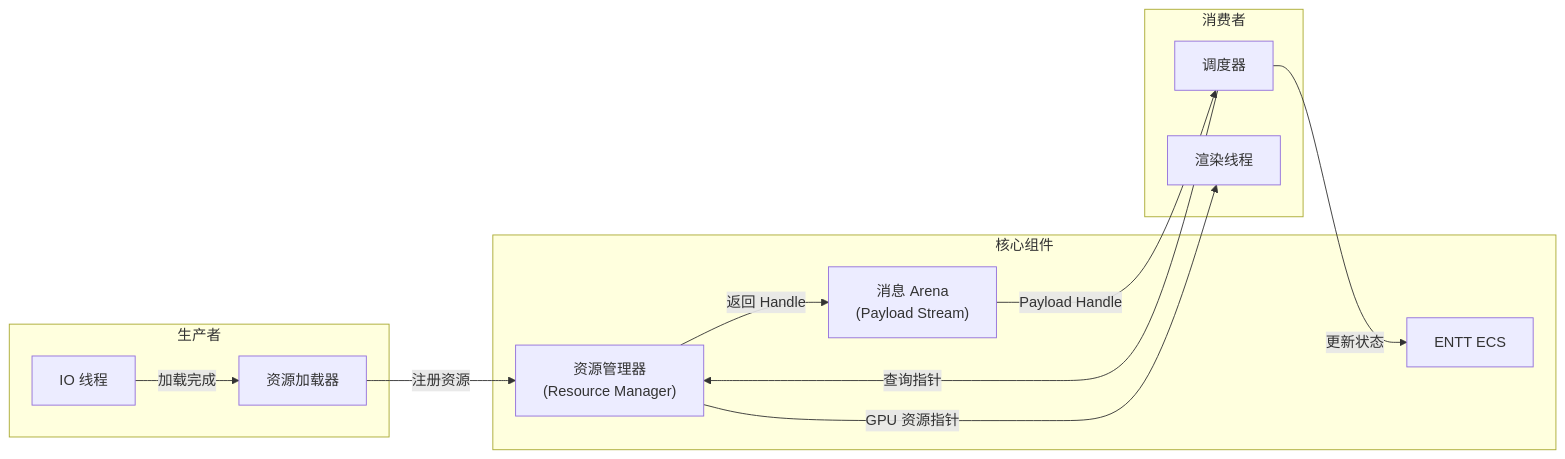
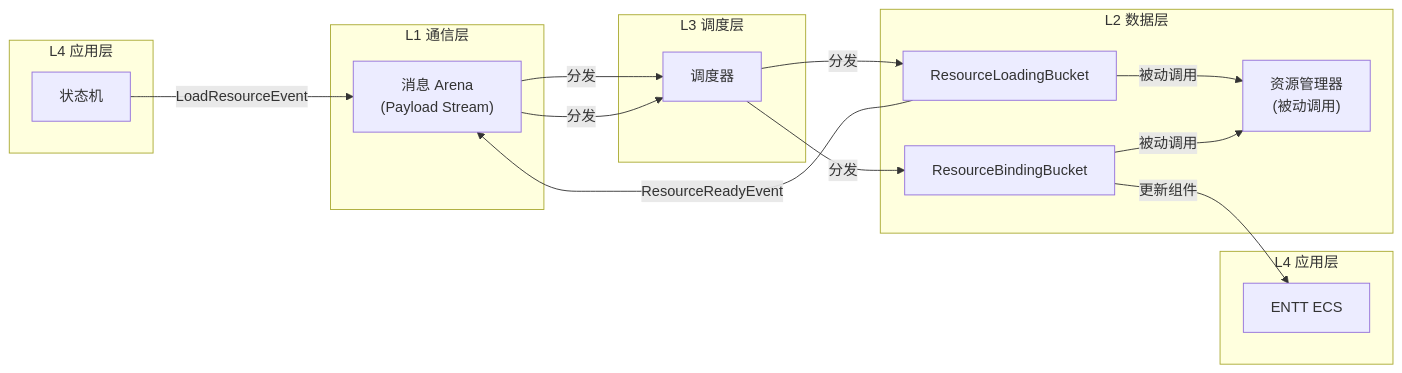
One commit to Gunxzq/blog changed the first of 3 diagrams in src/posts/DX12Engine/ResourceSystem/ResourceManager.md. Above: the diagram before and after it, drawn with Mermaid. The commit also changed other lines of this file and 3 other files, not shown here.

````diff
--- a/src/posts/DX12Engine/ResourceSystem/ResourceManager.md
+++ b/src/posts/DX12Engine/ResourceSystem/ResourceManager.md
@@ -20,26 +20,34 @@
 ```mermaid
 graph LR
-    subgraph 生产者
-        IO["IO 线程"]
-        LOAD["资源加载器"]
+    subgraph L4 应用层
+        SM["状态机"]
     end
 
-    subgraph 核心组件
-        RM["资源管理器<br/>(Resource Manager)"]
+    subgraph L1 通信层
         ARENA["消息 Arena<br/>(Payload Stream)"]
+    end
+
+    subgraph L2 数据层
+        TB1["ResourceLoadingBucket"]
+        TB2["ResourceBindingBucket"]
+        RM["资源管理器<br/>(被动调用)"]
+    end
+
+    subgraph L3 调度层
+        SCHED["调度器"]
+    end
+
+    subgraph L4 应用层
         ENTT["ENTT ECS"]
     end
 
-    subgraph 消费者
-        SCHED["调度器"]
-        RENDER["渲染线程"]
-    end
-
-    IO -->|"加载完成"| LOAD
-    LOAD -->|"注册资源"| RM
-    RM -->|"返回 Handle"| ARENA
-    ARENA -->|"Payload Handle"| SCHED
-    SCHED -->|"查询指针"| RM
-    SCHED -->|"更新状态"| ENTT
-    RM -->|"GPU 资源指针"| RENDER
+    SM -->|"LoadResourceEvent"| ARENA
+    ARENA -->|"分发"| SCHED
+    SCHED -->|"分发"| TB1
+    TB1 -->|"被动调用"| RM
+    TB1 -->|"ResourceReadyEvent"| ARENA
+    ARENA -->|"分发"| SCHED
+    SCHED -->|"分发"| TB2
+    TB2 -->|"被动调用"| RM
+    TB2 -->|"更新组件"| ENTT
 ```
````
